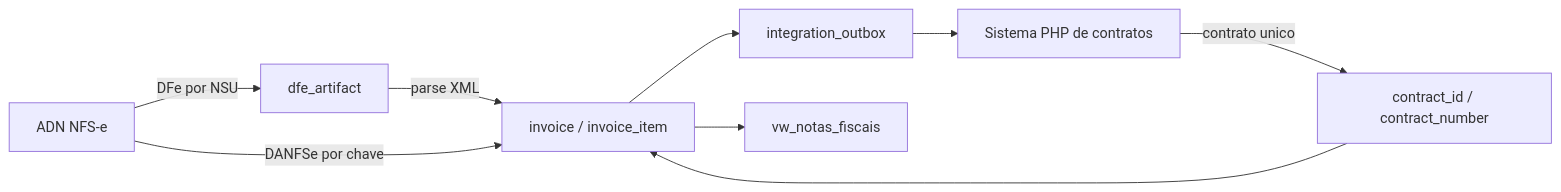
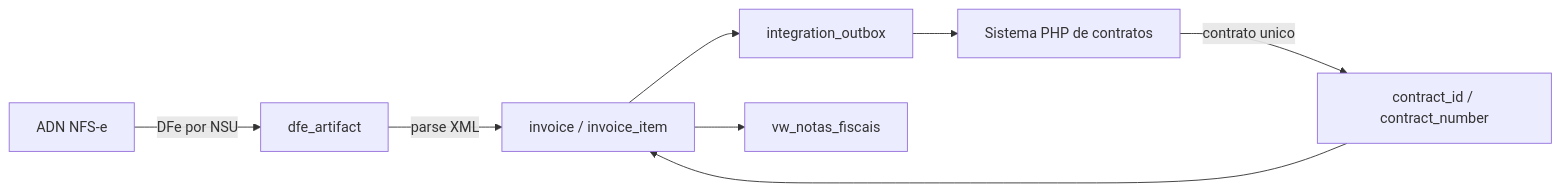
The fourth of 4 diagrams in docs/MER.md (Krt3xp/TxLink), drawn with Mermaid before and after one commit. The commit also changed other lines of this file and 22 other files, not shown here.

````diff
--- a/docs/MER.md
+++ b/docs/MER.md
@@ -384,11 +377,10 @@
 ```mermaid
 flowchart LR
     ADN["ADN NFS-e"] -->|"DFe por NSU"| ART["dfe_artifact"]
     ART -->|"parse XML"| INV["invoice / invoice_item"]
-    ADN -->|"DANFSe por chave"| INV
     INV --> OUT["integration_outbox"]
     OUT --> PHP["Sistema PHP de contratos"]
     PHP -->|"contrato unico"| LINK["contract_id / contract_number"]
     LINK --> INV
     INV --> VIEW["vw_notas_fiscais"]
 ```
````
